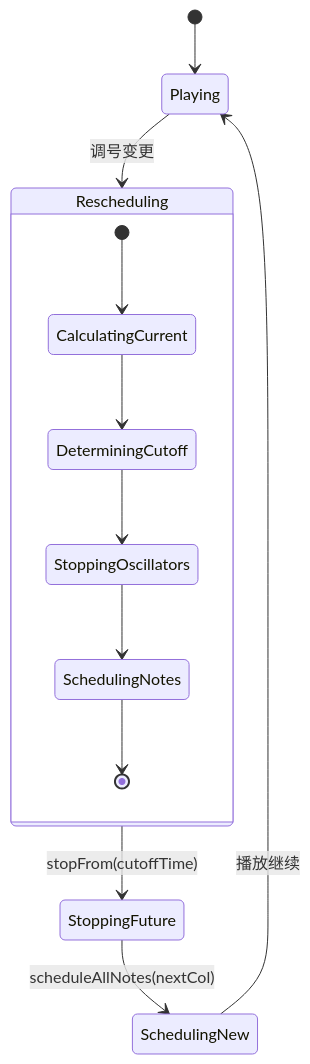
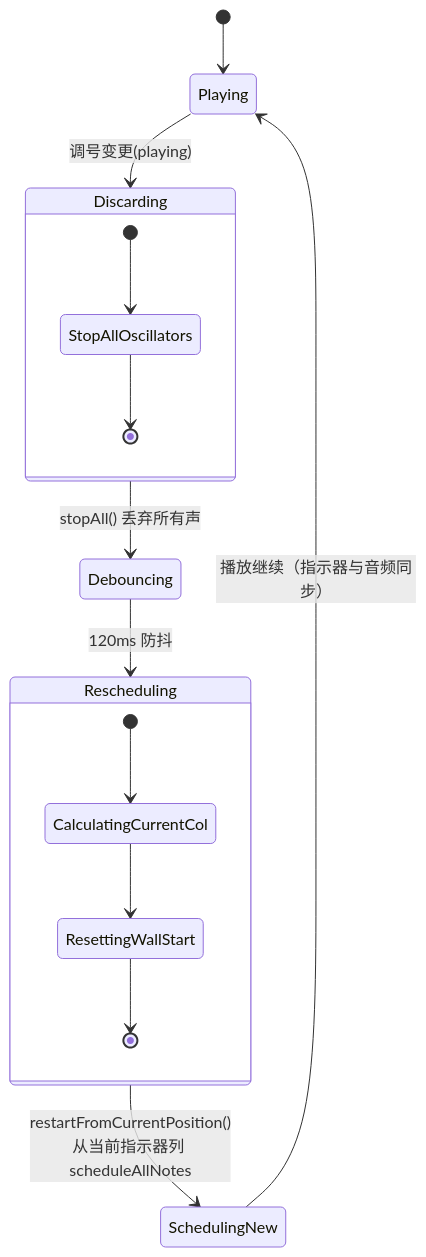
One commit to wingmeng/SUBOR-Music-Board changed the fifth of 6 diagrams in wiki/用户界面组件/控制栏组件/调号控制组件.md. Above: the diagram before and after it, drawn with Mermaid. The commit also changed other lines of this file and 45 other files, not shown here.

````diff
--- a/wiki/用户界面组件/控制栏组件/调号控制组件.md
+++ b/wiki/用户界面组件/控制栏组件/调号控制组件.md
@@ -223,15 +223,18 @@
 ```mermaid
 stateDiagram-v2
 [*] --> Playing
-Playing --> Rescheduling : 调号变更
-Rescheduling --> StoppingFuture : stopFrom(cutoffTime)
-StoppingFuture --> SchedulingNew : scheduleAllNotes(nextCol)
-SchedulingNew --> Playing : 播放继续
+Playing --> Discarding : 调号变更(playing)
+Discarding --> Debouncing : stopAll() 丢弃所有声
+Debouncing --> Rescheduling : 120ms 防抖
+Rescheduling --> SchedulingNew : restartFromCurrentPosition()<br/>从当前指示器列 scheduleAllNotes
+SchedulingNew --> Playing : 播放继续（指示器与音频同步）
+state Discarding {
+[*] --> StopAllOscillators
+StopAllOscillators --> [*]
+}
 state Rescheduling {
-[*] --> CalculatingCurrent
-CalculatingCurrent --> DeterminingCutoff
-DeterminingCutoff --> StoppingOscillators
-StoppingOscillators --> SchedulingNotes
-SchedulingNotes --> [*]
+[*] --> CalculatingCurrentCol
+CalculatingCurrentCol --> ResettingWallStart
+ResettingWallStart --> [*]
 }
 ```
````
